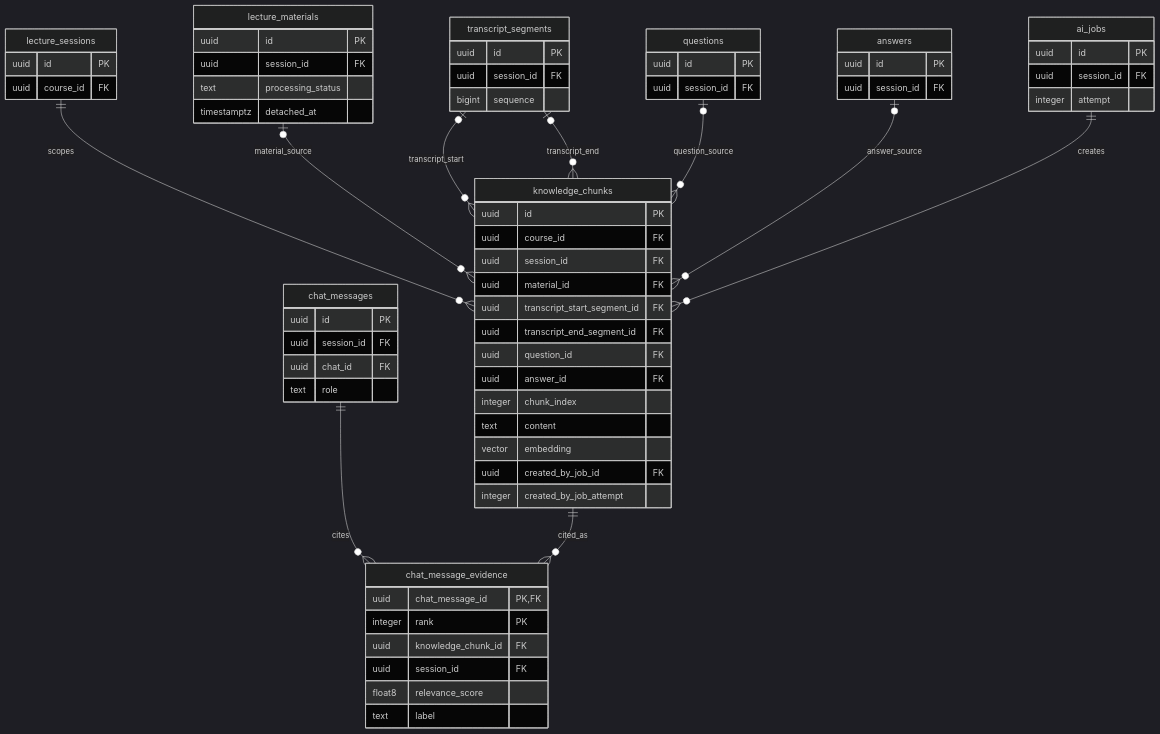
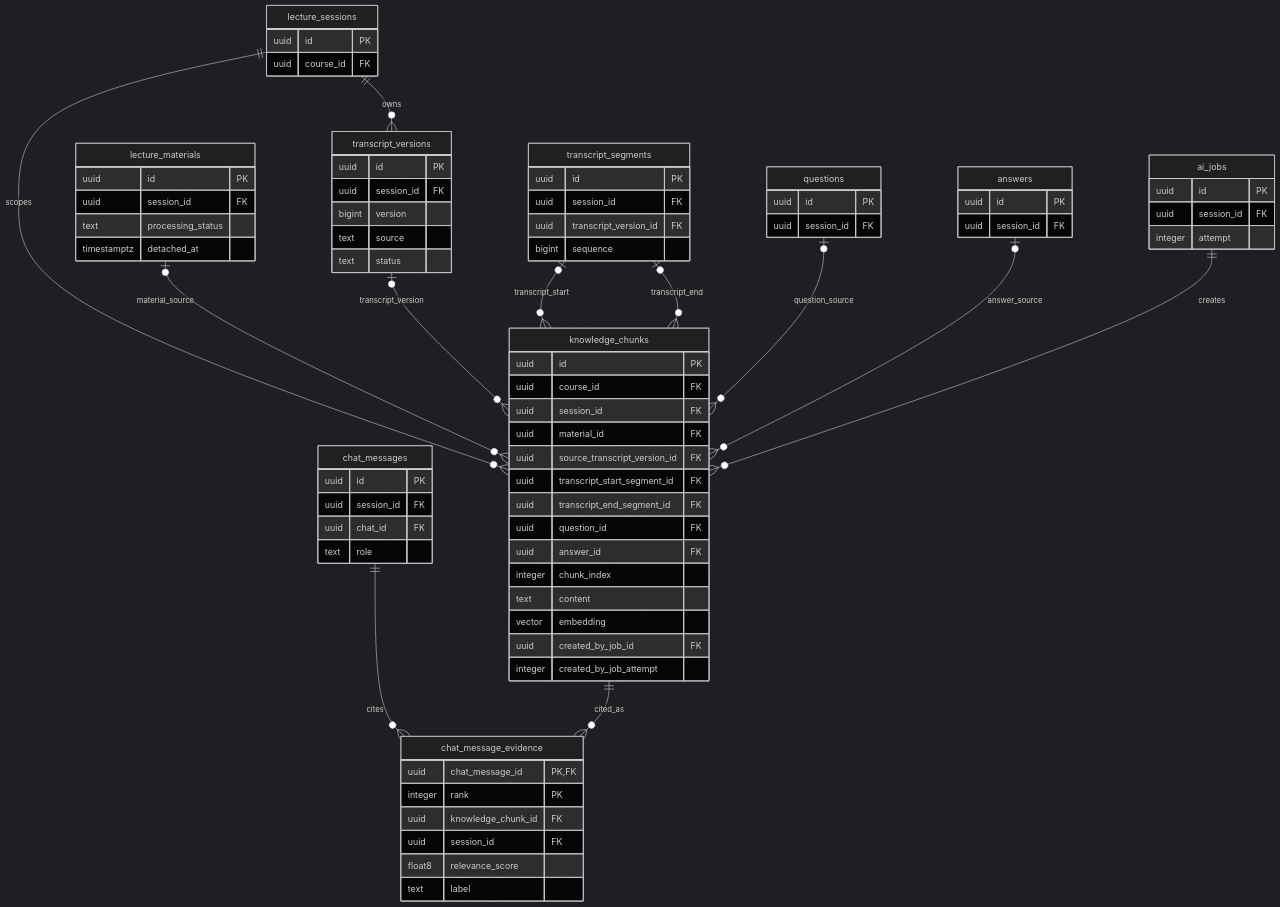
Before and after one commit to madcamp-official/26s-w2-c2-08: the fifth of 5 diagrams in docs/database/ERD.md, drawn with Mermaid (dark theme). The commit also changed other lines of this file and 1 other file, not shown here.

Commit message:
문서: Transcript version·시간축·Answer 재매핑 원장 정의

```diff
--- a/docs/database/ERD.md
+++ b/docs/database/ERD.md
@@ -466,9 +561,18 @@
         timestamptz detached_at
     }
 
+    transcriptVersions["transcript_versions"] {
+        uuid id PK
+        uuid session_id FK
+        bigint version
+        text source
+        text status
+    }
+
     transcriptSegments["transcript_segments"] {
         uuid id PK
         uuid session_id FK
+        uuid transcript_version_id FK
         bigint sequence
     }
 
@@ -493,6 +597,7 @@
         uuid course_id FK
         uuid session_id FK
         uuid material_id FK
+        uuid source_transcript_version_id FK
         uuid transcript_start_segment_id FK
         uuid transcript_end_segment_id FK
         uuid question_id FK
@@ -521,7 +626,9 @@
     }
 
     lectureSessions ||--o{ knowledgeChunks : scopes
+    lectureSessions ||--o{ transcriptVersions : owns
     lectureMaterials o|--o{ knowledgeChunks : material_source
+    transcriptVersions o|--o{ knowledgeChunks : transcript_version
     transcriptSegments o|--o{ knowledgeChunks : transcript_start
     transcriptSegments o|--o{ knowledgeChunks : transcript_end
     questions o|--o{ knowledgeChunks : question_source
```
